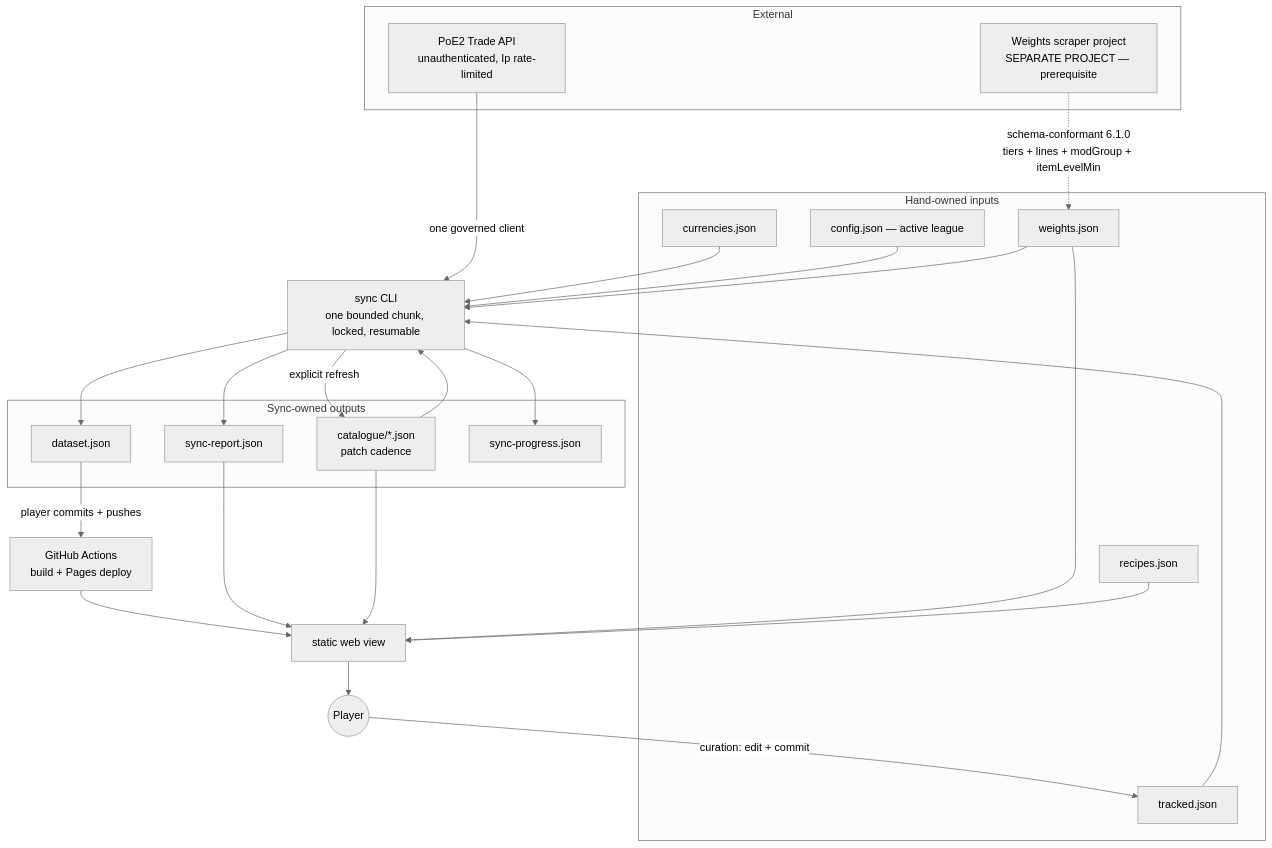
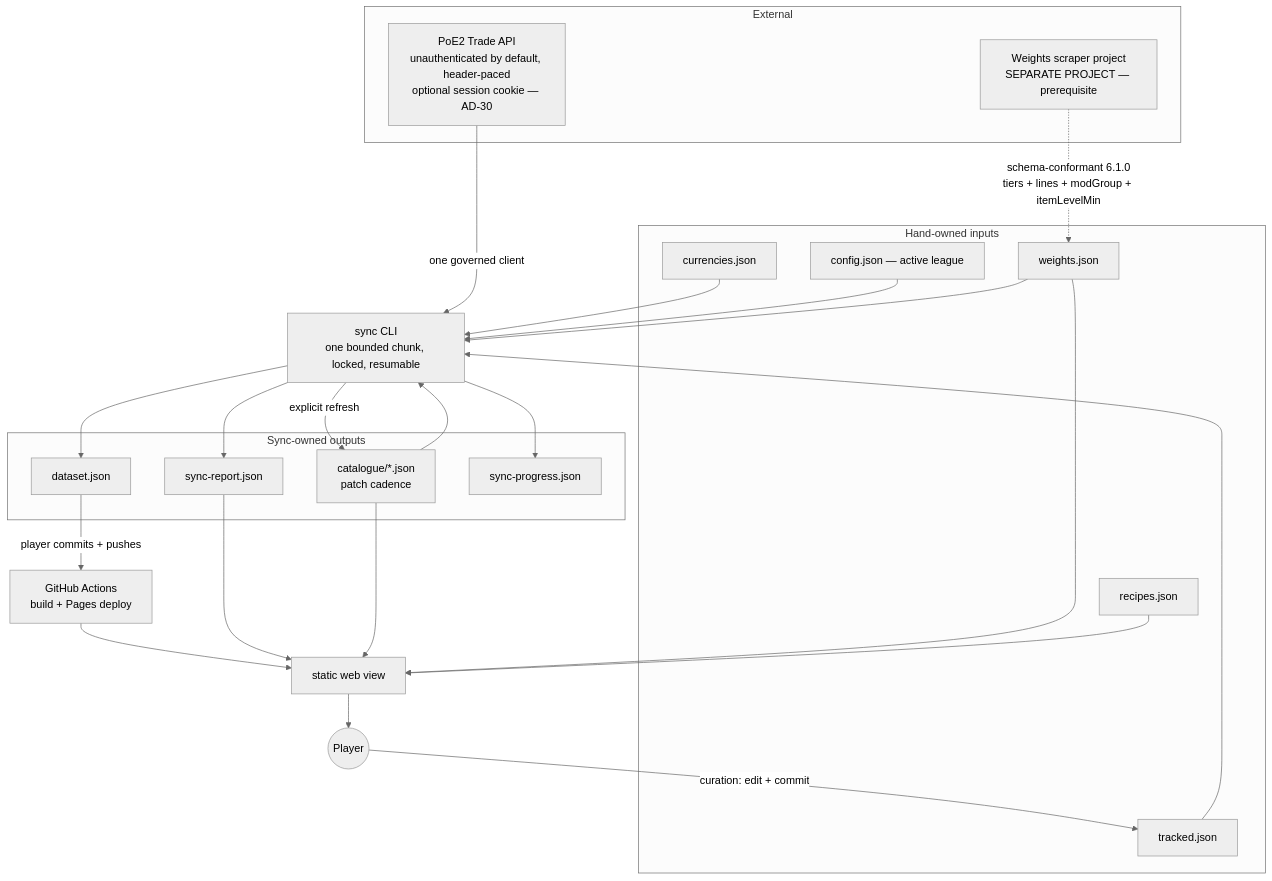
One commit to Dragsaw/poe-crafting-base-price-checker changed the second of 3 diagrams in docs/architecture/architecture-poe-crafting-base-price-checker-2026-09-12/ARCHITECTURE-SPINE.md. Above: the diagram before and after it, drawn with Mermaid (neutral theme). The commit also changed other lines of this file and 7 other files, not shown here.

````diff
--- a/docs/architecture/architecture-poe-crafting-base-price-checker-2026-09-12/ARCHITECTURE-SPINE.md
+++ b/docs/architecture/architecture-poe-crafting-base-price-checker-2026-09-12/ARCHITECTURE-SPINE.md
@@ -1850,47 +1914,47 @@
 ```mermaid
 graph TB
   subgraph external[External]
-    trade[PoE2 Trade API<br/>unauthenticated, Ip rate-limited]
+    trade[PoE2 Trade API<br/>unauthenticated by default, header-paced<br/>optional session cookie — AD-30]
     producer[Weights scraper project<br/>SEPARATE PROJECT — prerequisite]
   end
 
   subgraph inputs[Hand-owned inputs]
     tracked[tracked.json]
     currencies[currencies.json]
     recipes[recipes.json]
     config[config.json — active league]
     weights[weights.json]
   end
 
   subgraph outputs[Sync-owned outputs]
     catalogue[catalogue/*.json<br/>patch cadence]
     dataset[dataset.json]
     report[sync-report.json]
     progress[sync-progress.json]
   end
 
   sync[sync CLI<br/>one bounded chunk, locked, resumable]
   pages[GitHub Actions<br/>build + Pages deploy]
   web[static web view]
   player((Player))
 
   trade -->|one governed client| sync
   tracked --> sync
   currencies --> sync
   config --> sync
   catalogue --> sync
   weights --> sync
   sync -->|explicit refresh| catalogue
   sync --> dataset
   sync --> report
   sync --> progress
   producer -.->|schema-conformant 6.1.0<br/>tiers + lines + modGroup + itemLevelMin| weights
   dataset -->|player commits + pushes| pages
   pages --> web
   weights --> web
   recipes --> web
   report --> web
   catalogue --> web
   web --> player
   player -->|curation: edit + commit| tracked
 ```
````
